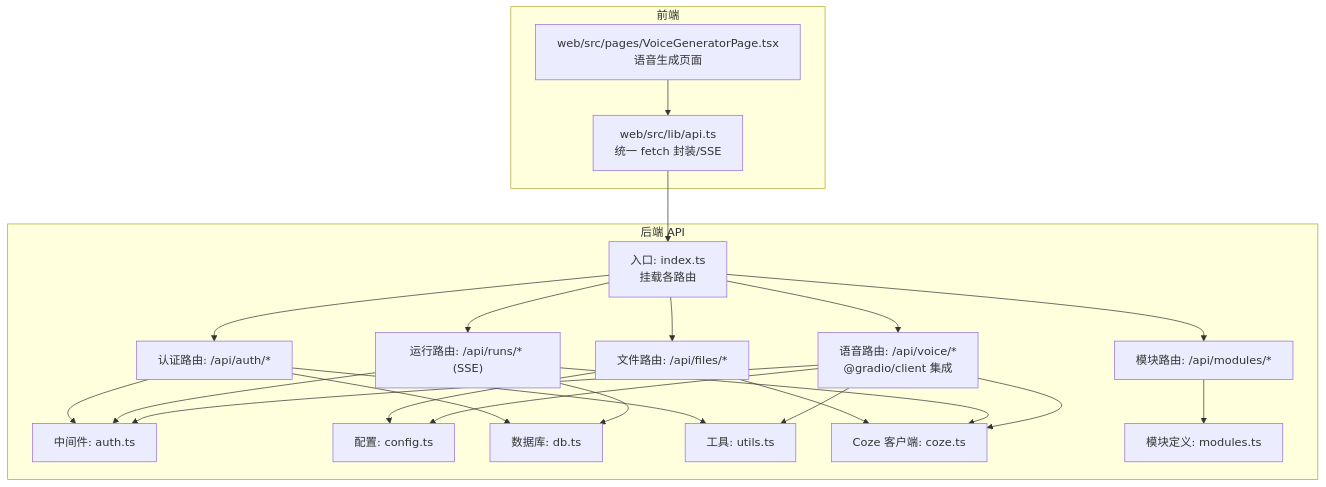
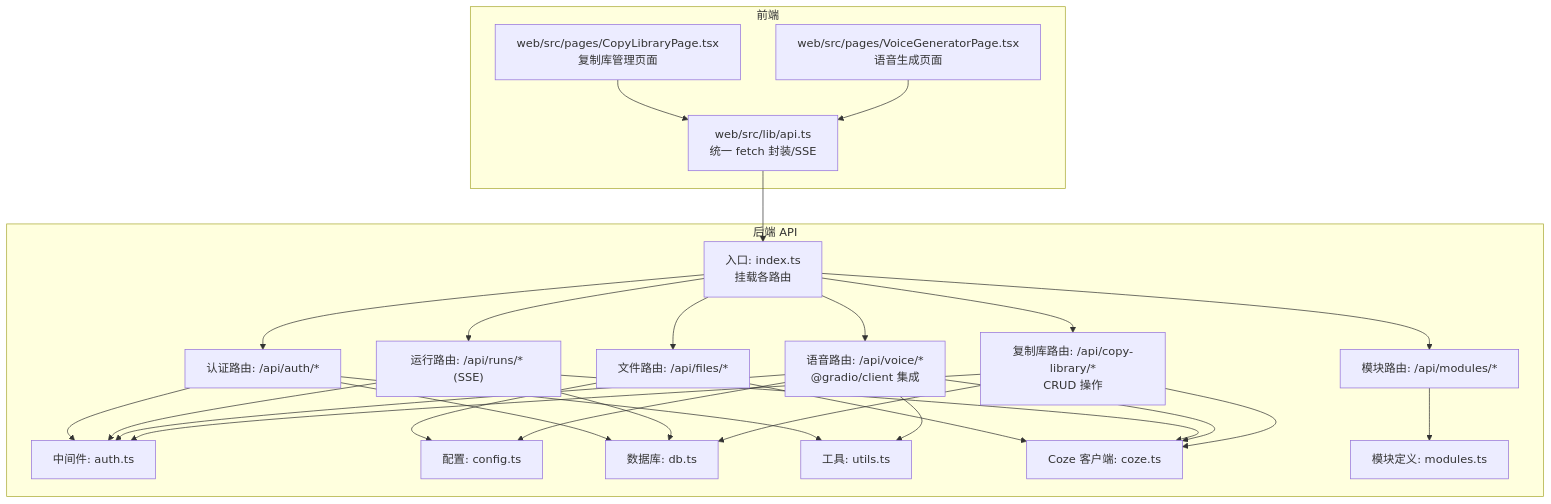
The first of 9 diagrams in .qoder/repowiki/zh/content/API 接口文档/API 接口文档.md (hanksd769-droid/sailshub), drawn with Mermaid before and after one commit. The commit also changed other lines of this file and 6 other files, not shown here.

````diff
--- a/.qoder/repowiki/zh/content/API 接口文档/API 接口文档.md
+++ b/.qoder/repowiki/zh/content/API 接口文档/API 接口文档.md
@@ -55,41 +57,48 @@
 ```mermaid
 graph TB
 subgraph "后端 API"
 IDX["入口: index.ts<br/>挂载各路由"]
 AUTH["认证路由: /api/auth/*"]
 MODS["模块路由: /api/modules/*"]
 FILES["文件路由: /api/files/*"]
 RUNS["运行路由: /api/runs/* (SSE)"]
 VOICE["语音路由: /api/voice/*<br/>@gradio/client 集成"]
+COPYLIB["复制库路由: /api/copy-library/*<br/>CRUD 操作"]
 MW["中间件: auth.ts"]
 CFG["配置: config.ts"]
 DB["数据库: db.ts"]
 UTIL["工具: utils.ts"]
 COZE["Coze 客户端: coze.ts"]
 MODDEF["模块定义: modules.ts"]
 end
 subgraph "前端"
 WEBAPI["web/src/lib/api.ts<br/>统一 fetch 封装/SSE"]
-PAGE["web/src/pages/VoiceGeneratorPage.tsx<br/>语音生成页面"]
+COPYPAGE["web/src/pages/CopyLibraryPage.tsx<br/>复制库管理页面"]
+VOICEPAGE["web/src/pages/VoiceGeneratorPage.tsx<br/>语音生成页面"]
 end
 IDX --> AUTH
 IDX --> MODS
 IDX --> FILES
 IDX --> RUNS
 IDX --> VOICE
+IDX --> COPYLIB
 AUTH --> MW
 AUTH --> DB
 AUTH --> UTIL
 MODS --> MODDEF
 FILES --> CFG
 FILES --> COZE
 RUNS --> MW
 RUNS --> DB
 RUNS --> COZE
 VOICE --> MW
 VOICE --> CFG
 VOICE --> COZE
 VOICE --> UTIL
+COPYLIB --> MW
+COPYLIB --> DB
+COPYLIB --> COZE
 WEBAPI --> IDX
-PAGE --> WEBAPI
+COPYPAGE --> WEBAPI
+VOICEPAGE --> WEBAPI
 ```
````
